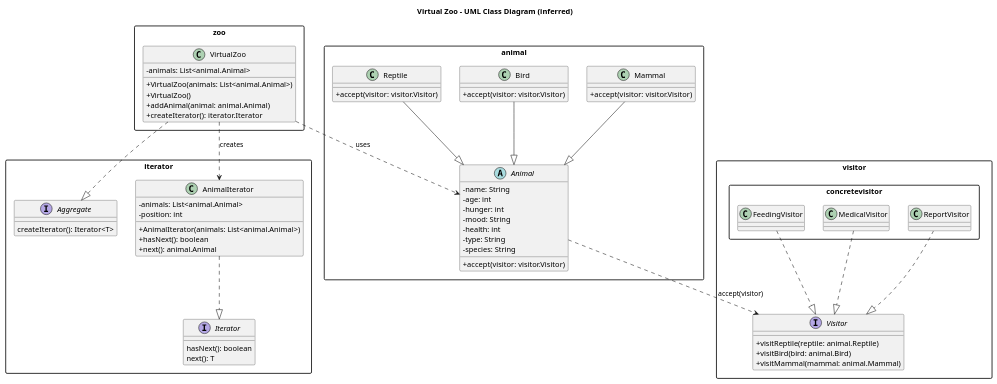
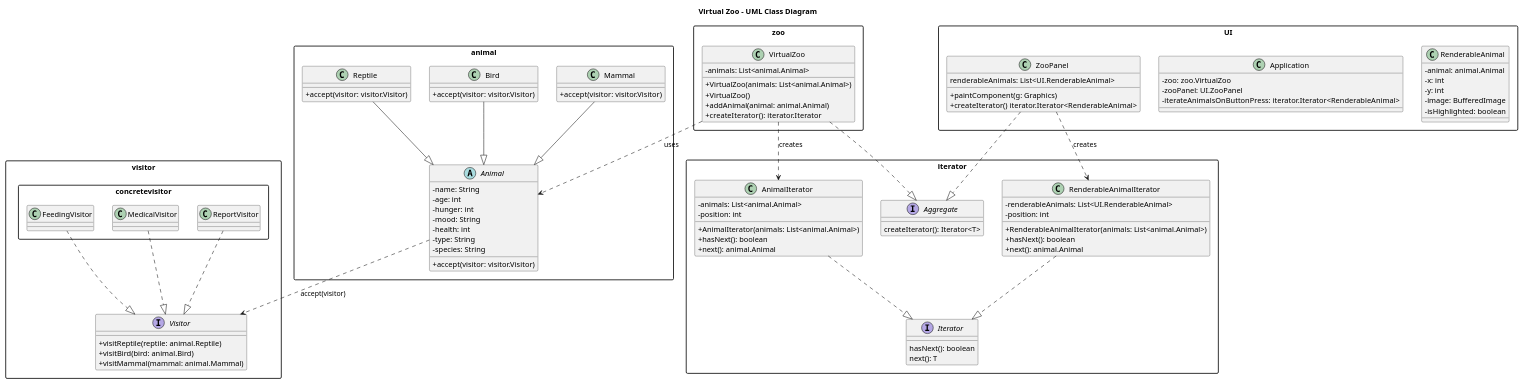
Before and after one commit to levilevente/VirtualZoo: the diagram in docs/virtual-zoo.puml, drawn with PlantUML. The commit also changed 5 other files, not shown here.

```diff
--- a/docs/virtual-zoo.puml
+++ b/docs/virtual-zoo.puml
@@ -1,86 +1,118 @@
 @startuml
-title Virtual Zoo - UML Class Diagram (inferred)
+title Virtual Zoo - UML Class Diagram
 
 skinparam packageStyle rectangle
 skinparam classAttributeIconSize 0
 
 package "zoo" {
   class VirtualZoo {
     - animals: List<animal.Animal>
     + VirtualZoo(animals: List<animal.Animal>)
     + VirtualZoo()
     + addAnimal(animal: animal.Animal)
     + createIterator(): iterator.Iterator
   }
+}
+
+package UI {
+    class RenderableAnimal {
+        - animal: animal.Animal
+        - x: int
+        - y: int
+        - image: BufferedImage
+        - isHighlighted: boolean
+    }
+
+    class Application {
+        - zoo: zoo.VirtualZoo
+        - zooPanel: UI.ZooPanel
+        - iterateAnimalsOnButtonPress: iterator.Iterator<RenderableAnimal>
+    }
+
+    class ZooPanel {
+        renderableAnimals: List<UI.RenderableAnimal>
+        + paintComponent(g: Graphics)
+        + createIterator() iterator.Iterator<RenderableAnimal>
+    }
 }
 
 package "animal" {
   abstract class Animal {
     - name: String
     - age: int
     - hunger: int
     - mood: String
     - health: int
     - type: String
     - species: String
 
     +accept(visitor: visitor.Visitor)
   }
   class Mammal {
       +accept(visitor: visitor.Visitor)
   }
   class Bird {
       +accept(visitor: visitor.Visitor)
   }
   class Reptile {
       +accept(visitor: visitor.Visitor)
   }
 }
 
 package "iterator" {
   interface Aggregate {
     createIterator(): Iterator<T>
   }
   interface Iterator {
     hasNext(): boolean
     next(): T
   }
   class AnimalIterator {
     - animals: List<animal.Animal>
     - position: int
     + AnimalIterator(animals: List<animal.Animal>)
     + hasNext(): boolean
     + next(): animal.Animal
   }
+  class RenderableAnimalIterator {
+    - renderableAnimals: List<UI.RenderableAnimal>
+    - position: int
+    + RenderableAnimalIterator(animals: List<animal.Animal>)
+    + hasNext(): boolean
+    + next(): animal.Animal
+  }
 }
 
 package "visitor" {
   interface Visitor {
     + visitReptile(reptile: animal.Reptile)
     + visitBird(bird: animal.Bird)
     + visitMammal(mammal: animal.Mammal)
   }
   package "concretevisitor" {
     class FeedingVisitor
     class MedicalVisitor
     class ReportVisitor
   }
 }
 
 zoo.VirtualZoo ..|> iterator.Aggregate
 zoo.VirtualZoo ..> animal.Animal : uses
 zoo.VirtualZoo ..> iterator.AnimalIterator : creates
 iterator.AnimalIterator ..|> iterator.Iterator
 
 animal.Mammal --|> animal.Animal
 animal.Bird --|> animal.Animal
 animal.Reptile --|> animal.Animal
 
 animal.Animal ..> visitor.Visitor : accept(visitor)
 visitor.concretevisitor.FeedingVisitor ..|> visitor.Visitor
 visitor.concretevisitor.MedicalVisitor ..|> visitor.Visitor
 visitor.concretevisitor.ReportVisitor ..|> visitor.Visitor
 
+UI.ZooPanel ..|> iterator.Aggregate
+ZooPanel ..> iterator.RenderableAnimalIterator : creates
+iterator.RenderableAnimalIterator ..|> iterator.Iterator
 
 
 @enduml
```
